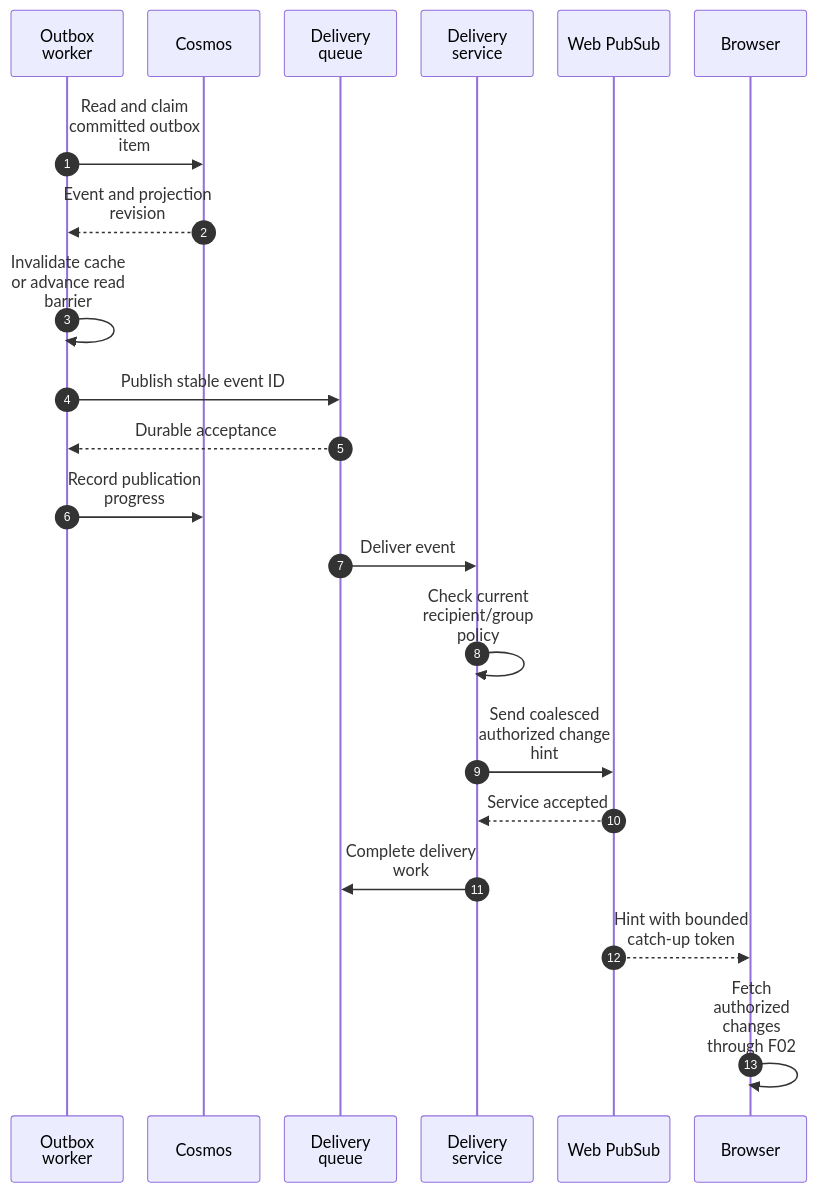
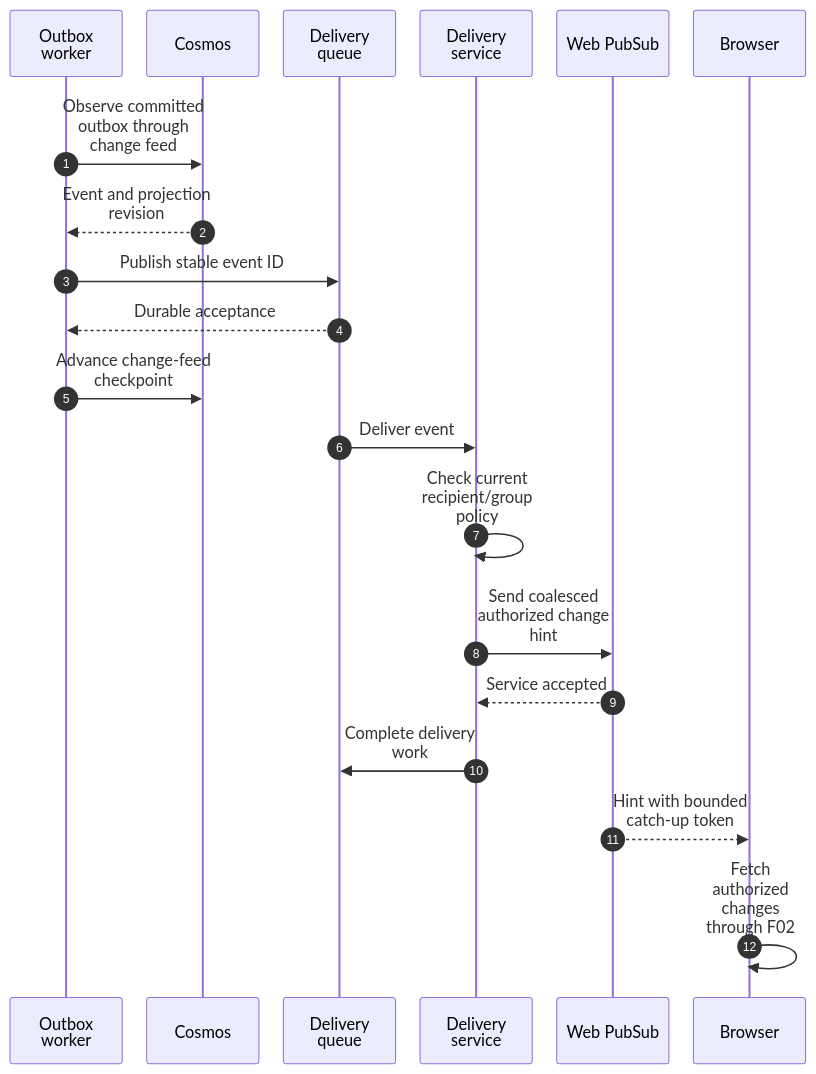
One commit to rmoreirao/ms-teams-custom-app changed diagram 11 of 15 in docs/detailed-architecture.md. Above: the diagram before and after it, drawn with Mermaid. The commit also changed other lines of this file and 89 other files, not shown here.

````diff
--- a/docs/detailed-architecture.md
+++ b/docs/detailed-architecture.md
@@ -773,31 +785,30 @@
 ```mermaid
 ---
 config:
   sequence:
     actorMargin: 24
     width: 110
     wrap: true
 ---
 sequenceDiagram
     autonumber
     participant O as Outbox worker
     participant D as Cosmos
     participant Q as Delivery queue
     participant F as Delivery service
     participant W as Web PubSub
     participant B as Browser
 
-    O->>D: Read and claim committed outbox item
+    O->>D: Observe committed outbox through change feed
     D-->>O: Event and projection revision
-    O->>O: Invalidate cache or advance read barrier
     O->>Q: Publish stable event ID
     Q-->>O: Durable acceptance
-    O->>D: Record publication progress
+    O->>D: Advance change-feed checkpoint
     Q->>F: Deliver event
     F->>F: Check current recipient/group policy
     F->>W: Send coalesced authorized change hint
     W-->>F: Service accepted
     F->>Q: Complete delivery work
     W-->>B: Hint with bounded catch-up token
     B->>B: Fetch authorized changes through F02
 ```
````
